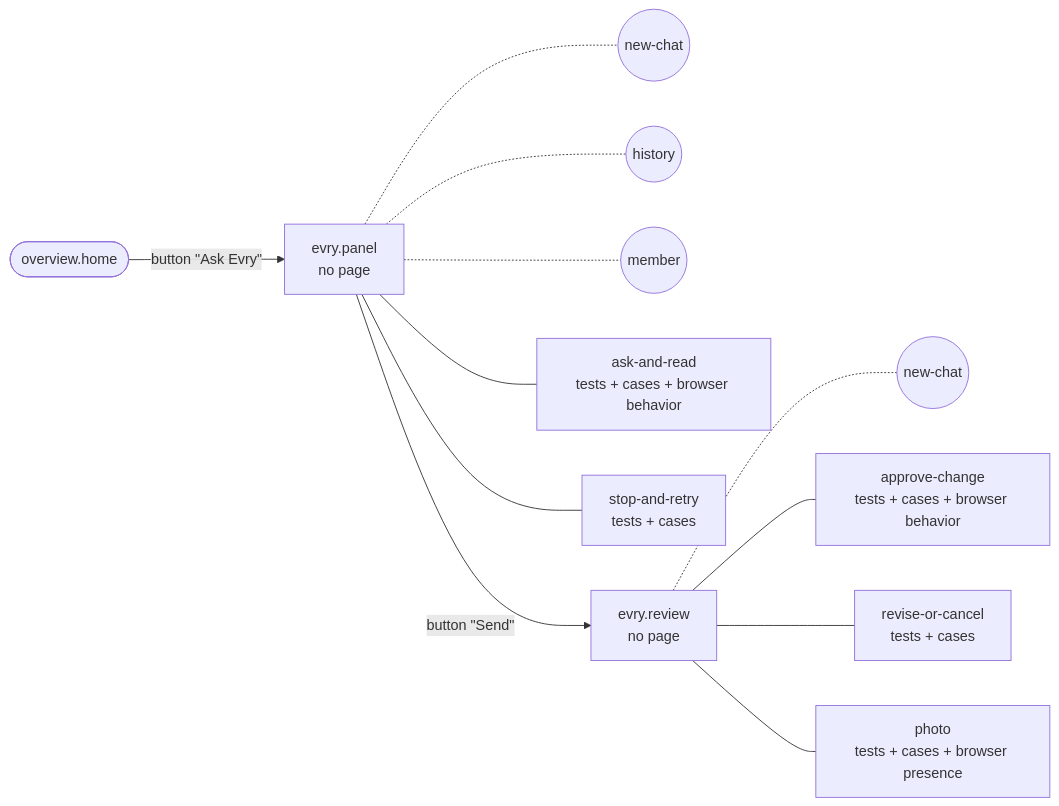
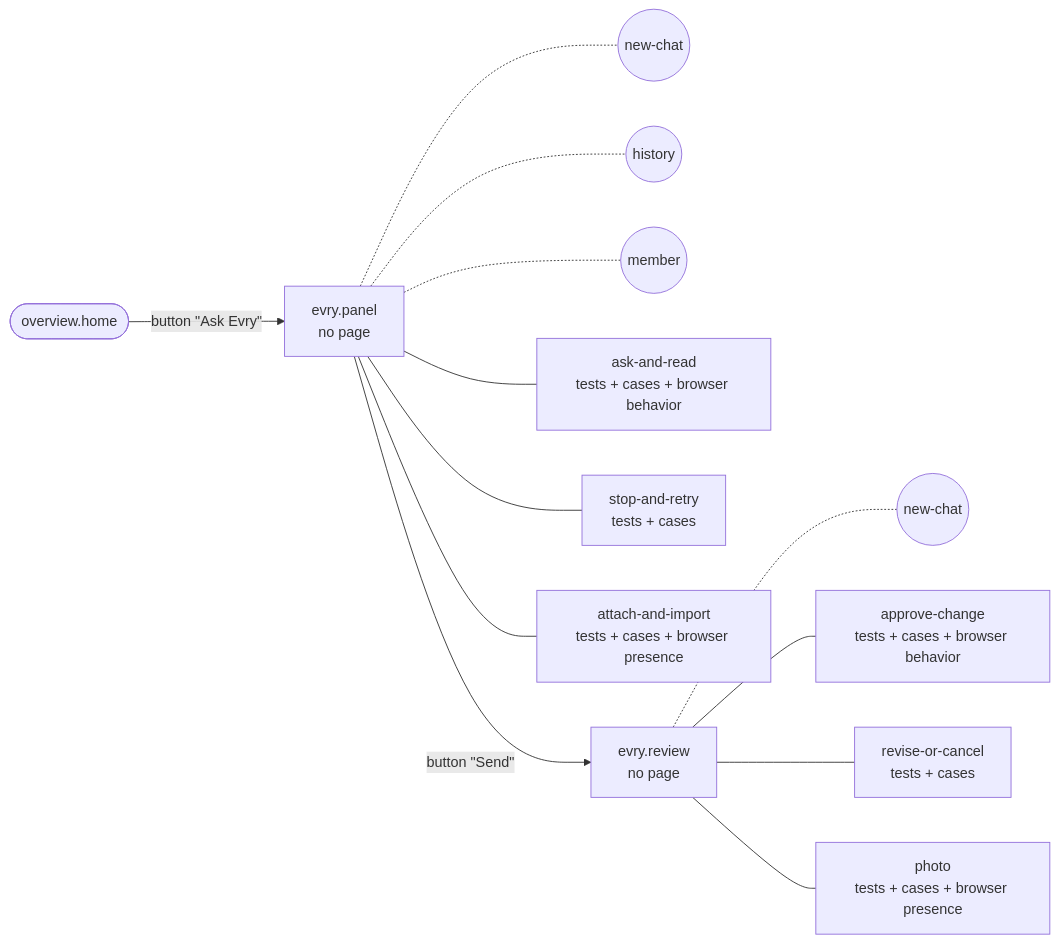
Before and after one commit to SebastianGarces/everyfield: the diagram in docs/feature-maps/evry.md, drawn with Mermaid. The commit also changed other lines of this file and 25 other files, not shown here.

````diff
--- a/docs/feature-maps/evry.md
+++ b/docs/feature-maps/evry.md
@@ -6,17 +6,18 @@
 ```mermaid
 flowchart LR
   x_overview_home(["overview.home"])
   s0["evry.panel<br/>no page"]
   x_overview_home -- "button #quot;Ask Evry#quot;" --> s0
   s0 -.- s0_st0(("new-chat"))
   s0 -.- s0_st1(("history"))
   s0 -.- s0_st2(("member"))
   s0 --- s0_b0["ask-and-read<br/>tests + cases + browser behavior"]
   s0 --- s0_b1["stop-and-retry<br/>tests + cases"]
+  s0 --- s0_b2["attach-and-import<br/>tests + cases + browser presence"]
   s1["evry.review<br/>no page"]
   s0 -- "button #quot;Send#quot;" --> s1
   s1 -.- s1_st0(("new-chat"))
   s1 --- s1_b0["approve-change<br/>tests + cases + browser behavior"]
   s1 --- s1_b1["revise-or-cancel<br/>tests + cases"]
   s1 --- s1_b2["photo<br/>tests + cases + browser presence"]
 ```
````
